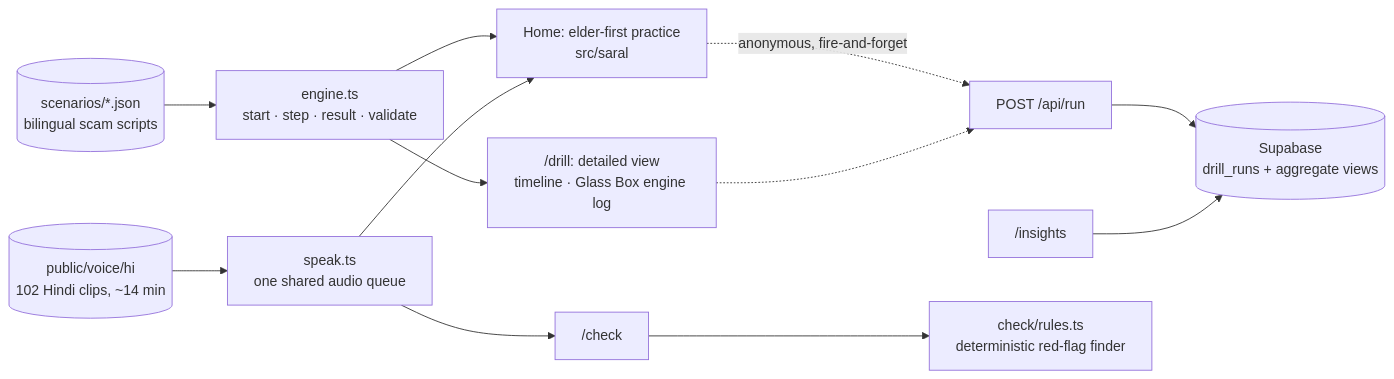
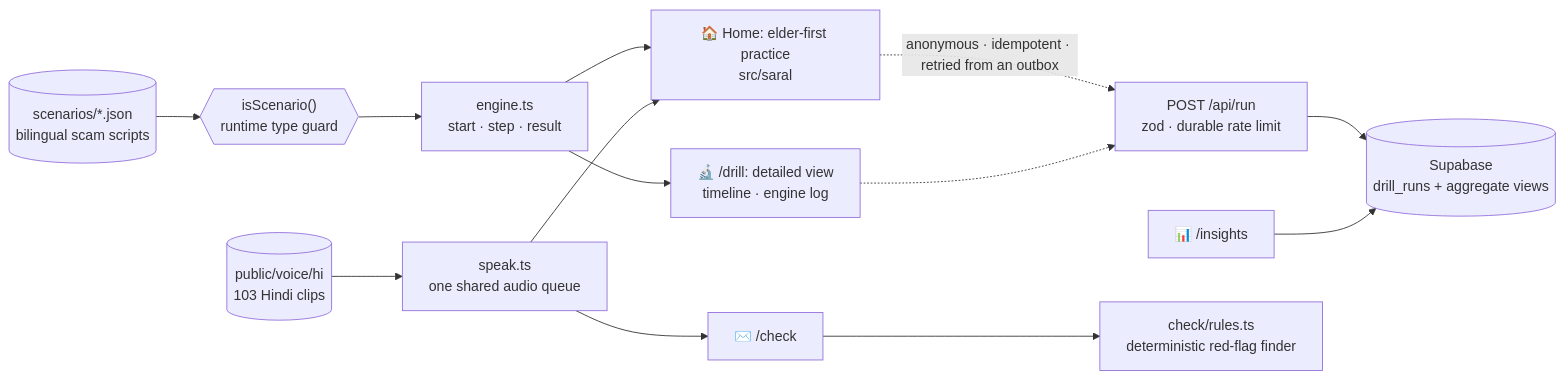
One commit to kambojmayan-png/chaukas changed the fourth of 4 diagrams in README.md. Above: the diagram before and after it, drawn with Mermaid. The commit also changed other lines of this file and 29 other files, not shown here.

Commit message:
fix: P10 hardening - runtime scenario guard, typecheck in CI, durable rate limit, idempotent telemetry, early-exit lesson; new README

````diff
--- a/README.md
+++ b/README.md
@@ -112,14 +230,14 @@
 ```mermaid
 flowchart LR
-  S[("scenarios/*.json<br/>bilingual scam scripts")] --> E["engine.ts<br/>start · step · result · validate"]
-  V[("public/voice/hi<br/>102 Hindi clips, ~14 min")] --> N["speak.ts<br/>one shared audio queue"]
-  E --> SA["Home: elder-first practice<br/>src/saral"]
+  S[("scenarios/*.json<br/>bilingual scam scripts")] --> G{{"isScenario()<br/>runtime type guard"}} --> E["engine.ts<br/>start · step · result"]
+  V[("public/voice/hi<br/>103 Hindi clips")] --> N["speak.ts<br/>one shared audio queue"]
+  E --> SA["🏠 Home: elder-first practice<br/>src/saral"]
   N --> SA
   N --> C
-  E --> DV["/drill: detailed view<br/>timeline · Glass Box engine log"]
-  SA -. "anonymous, fire-and-forget" .-> A["POST /api/run"]
+  E --> DV["🔬 /drill: detailed view<br/>timeline · engine log"]
+  SA -.->|"anonymous · idempotent · retried from an outbox"| A["POST /api/run<br/>zod · durable rate limit"]
   DV -.-> A
   A --> DB[("Supabase<br/>drill_runs + aggregate views")]
-  I["/insights"] --> DB
-  C["/check"] --> R["check/rules.ts<br/>deterministic red-flag finder"]
+  I["📊 /insights"] --> DB
+  C["✉️ /check"] --> R["check/rules.ts<br/>deterministic red-flag finder"]
 ```
````
